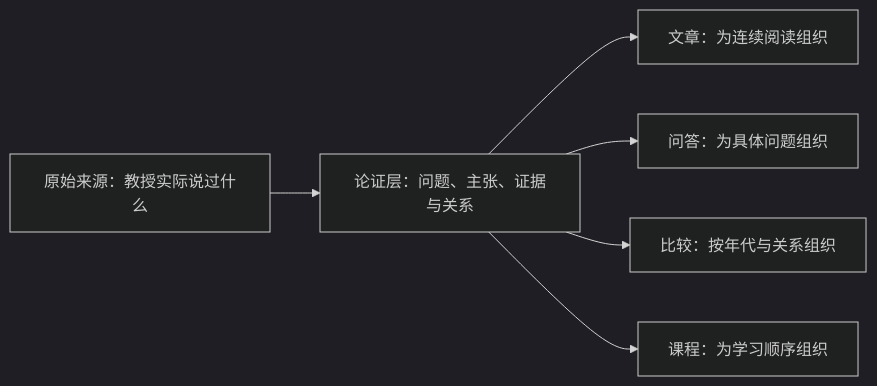
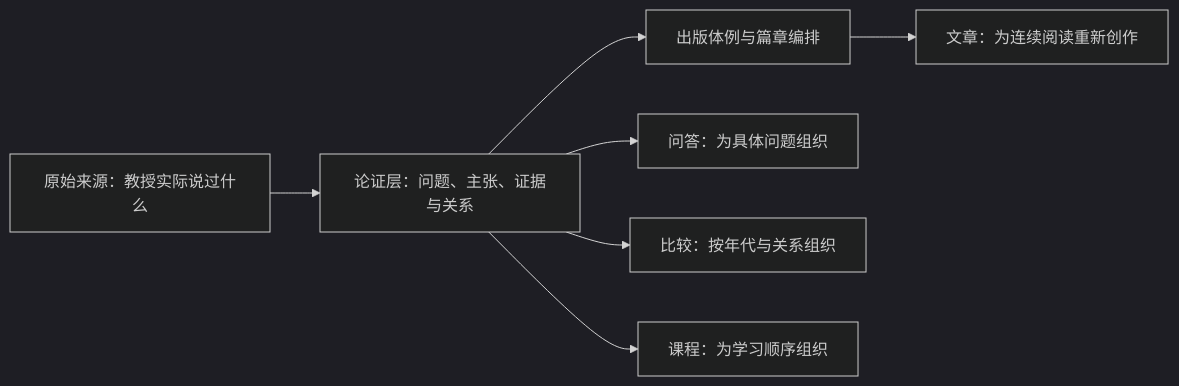
One commit to junyang168/smart-answer changed the third of 9 diagrams in docs/wang-knowledge-platform/knowledge_platform_design.md. Above: the diagram before and after it, drawn with Mermaid (dark theme). The commit also changed other lines of this file and 100 other files, not shown here.

````diff
--- a/docs/wang-knowledge-platform/knowledge_platform_design.md
+++ b/docs/wang-knowledge-platform/knowledge_platform_design.md
@@ -31,8 +79,9 @@
 ```mermaid
 flowchart LR
     S["原始来源：教授实际说过什么"] --> A["论证层：问题、主张、证据与关系"]
-    A --> M["文章：为连续阅读组织"]
+    A --> P["出版体例与篇章编排"]
+    P --> M["文章：为连续阅读重新创作"]
     A --> Q["问答：为具体问题组织"]
     A --> C["比较：按年代与关系组织"]
     A --> L["课程：为学习顺序组织"]
 ```
````
